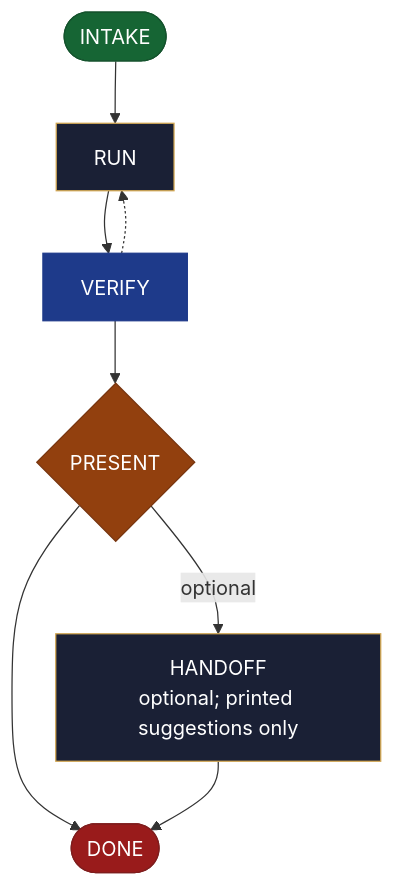
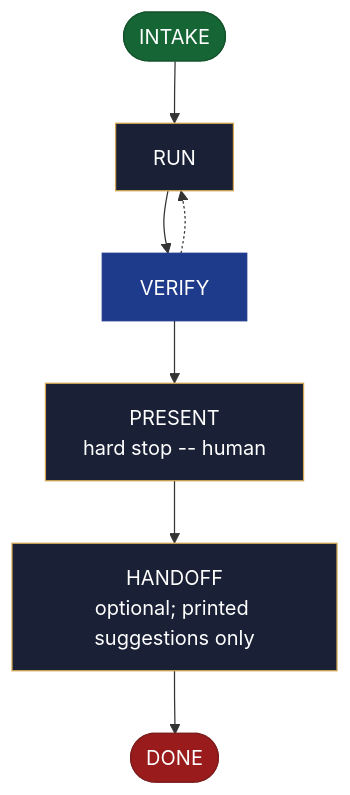
One commit to AndreVianna/aid-methodology changed the diagram in site/src/content/docs/skills/aid-test.md. Above: the diagram before and after it, drawn with Mermaid. The commit also changed other lines of this file and 49 other files, not shown here.

````diff
--- a/site/src/content/docs/skills/aid-test.md
+++ b/site/src/content/docs/skills/aid-test.md
@@ -20,34 +20,33 @@
 ```mermaid
 flowchart TB
   classDef aidNode color:#fff
   classDef aidEntry fill:#166534,stroke:#14532d,color:#fff
   classDef aidExit fill:#991b1b,stroke:#7f1d1d,color:#fff
   classDef aidDecision fill:#92400e,stroke:#78350f,color:#fff
   classDef aidLoopBack fill:#1e3a8a,stroke:#1e3a8a,color:#fff
   classDef aidStep fill:#1a2035,stroke:#d4a853,color:#f1f5f9
   n1(["INTAKE"])
   n2["RUN"]
   n3["VERIFY"]
-  n4{"PRESENT"}
+  n4["PRESENT<br/>hard stop -- human"]
   n5["HANDOFF<br/>optional; printed suggestions only"]
   n6(["DONE"])
   n1 --> n2
   n2 --> n3
   n3 -.-> n2
   n3 --> n4
-  n4 -->|"optional"| n5
-  n4 --> n6
+  n4 --> n5
   n5 --> n6
   class n1 aidEntry
   class n2 aidStep
   class n3 aidLoopBack
-  class n4 aidDecision
+  class n4 aidStep
   class n5 aidStep
   class n6 aidExit
   class n1 aidNode
   class n2 aidNode
   class n3 aidNode
   class n4 aidNode
   class n5 aidNode
   class n6 aidNode
 ```
````
